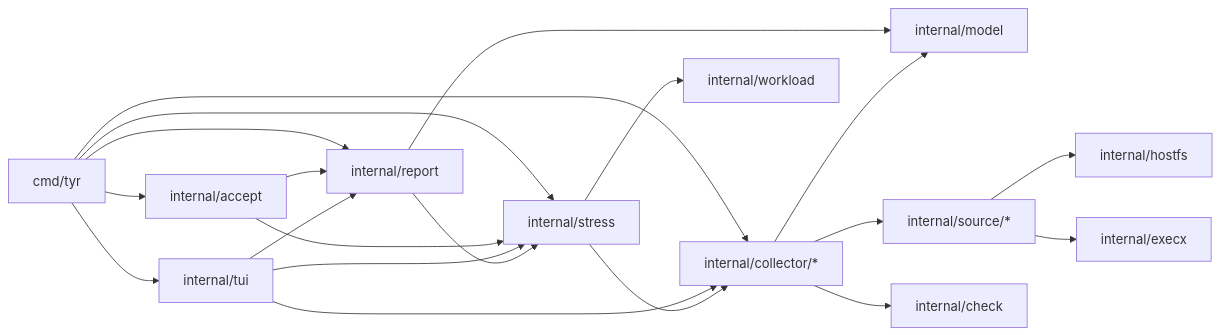
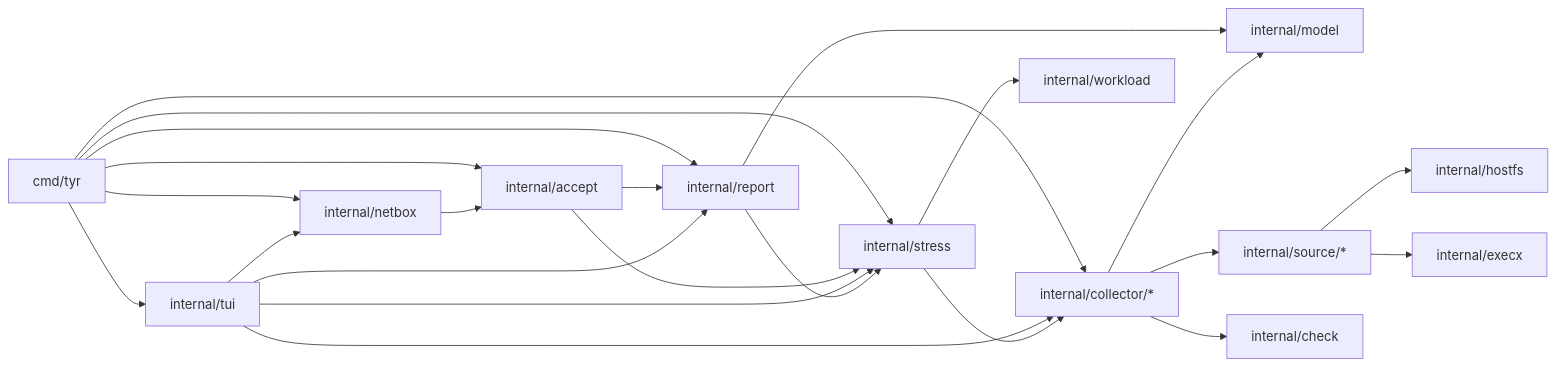
One commit to noahzmr/tyr changed the diagram in DEVELOPER.md. Above: the diagram before and after it, drawn with Mermaid. The commit also changed other lines of this file and 27 other files, not shown here.

````diff
--- a/DEVELOPER.md
+++ b/DEVELOPER.md
@@ -49,10 +49,13 @@
 ```mermaid
 flowchart LR
     cmd["cmd/tyr"] --> tui & report & stress & collector & accept["internal/accept"]
     accept --> report & stress
+    cmd --> netbox["internal/netbox"]
+    tui --> netbox
+    netbox --> accept
     tui["internal/tui"] --> report & stress & collector
     report["internal/report"] --> stress & model
     stress["internal/stress"] --> collector & workload["internal/workload"]
     collector["internal/collector/*"] --> source["internal/source/*"] & check["internal/check"] & model["internal/model"]
     source --> hostfs["internal/hostfs"] & execx["internal/execx"]
 ```
````
